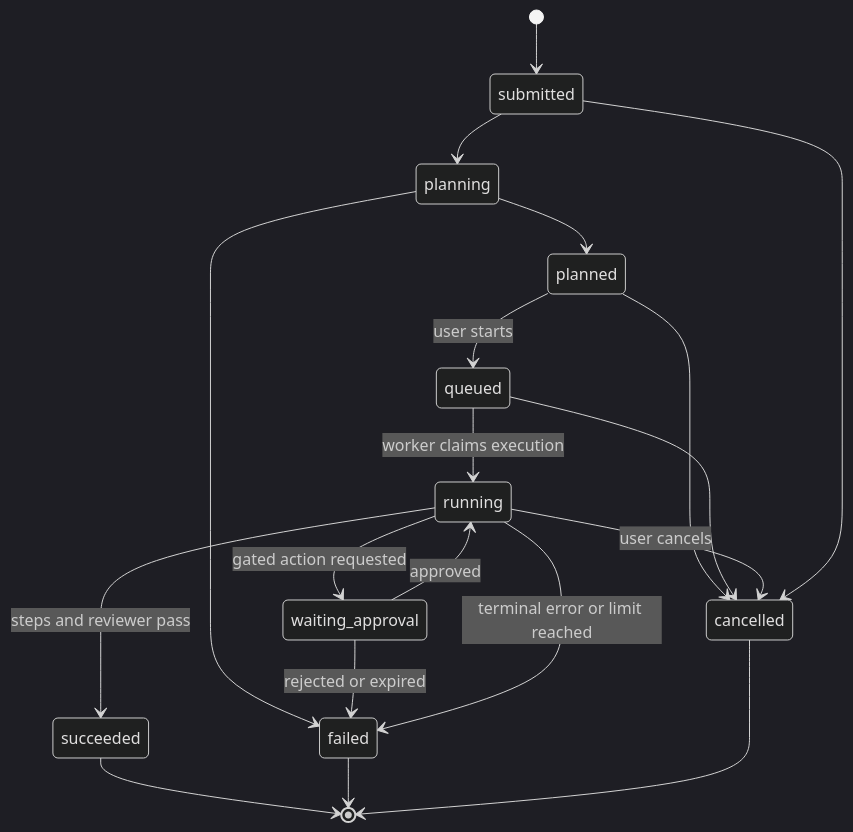
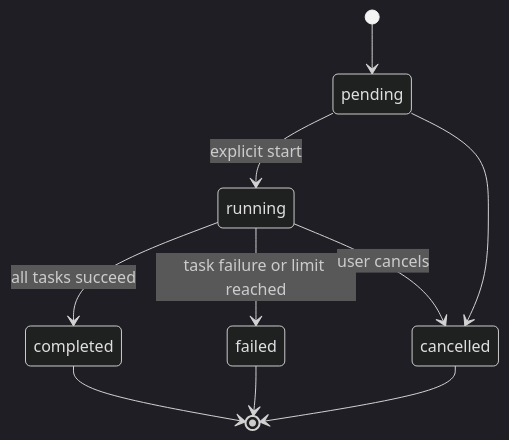
One commit to Niharxd/Agent-Forage changed the second of 3 diagrams in docs/ARCHITECTURE.md. Above: the diagram before and after it, drawn with Mermaid (dark theme). The commit also changed other lines of this file and 13 other files, not shown here.

````diff
--- a/docs/ARCHITECTURE.md
+++ b/docs/ARCHITECTURE.md
@@ -56,21 +56,12 @@
 ```mermaid
 stateDiagram-v2
-    [*] --> submitted
-    submitted --> planning
-    planning --> planned
-    planning --> failed
-    planned --> queued: user starts
-    planned --> cancelled
-    queued --> running: worker claims execution
-    queued --> cancelled
-    running --> waiting_approval: gated action requested
-    waiting_approval --> running: approved
-    waiting_approval --> failed: rejected or expired
-    running --> succeeded: steps and reviewer pass
-    running --> failed: terminal error or limit reached
+    [*] --> pending
+    pending --> running: explicit start
+    pending --> cancelled
+    running --> completed: all tasks succeed
+    running --> failed: task failure or limit reached
     running --> cancelled: user cancels
-    submitted --> cancelled
-    succeeded --> [*]
+    completed --> [*]
     failed --> [*]
     cancelled --> [*]
 ```
````
